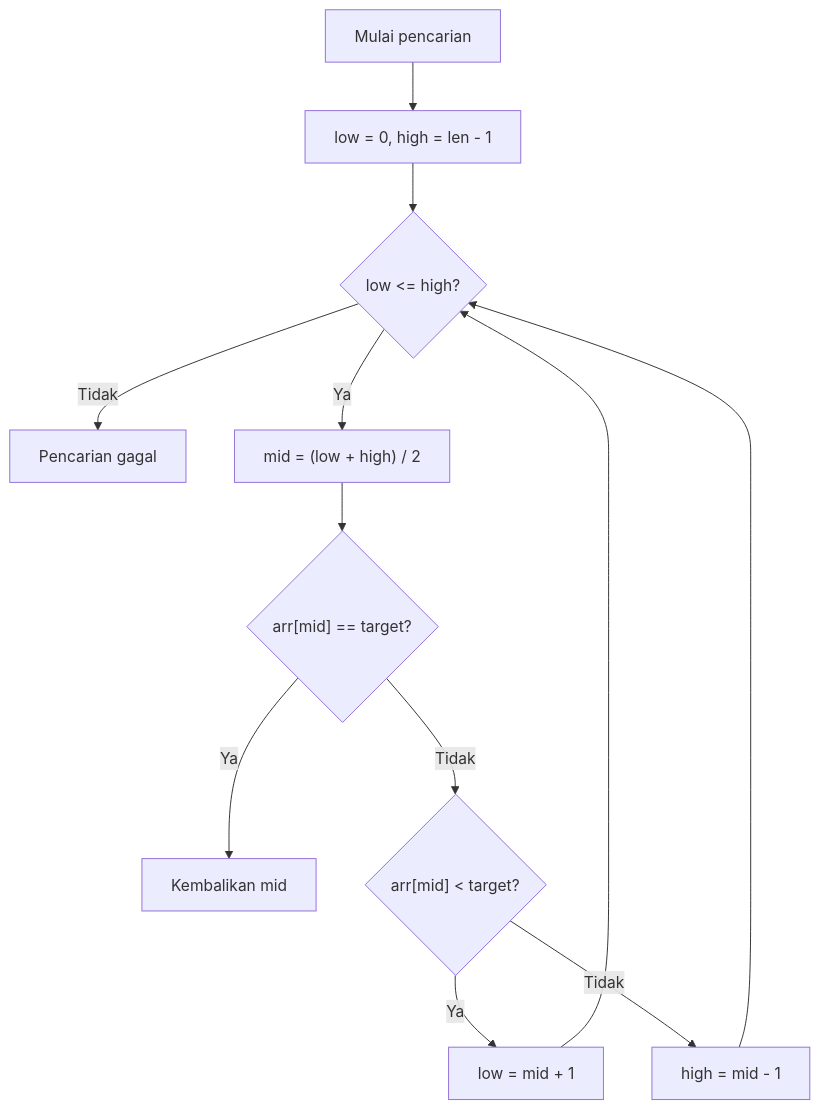
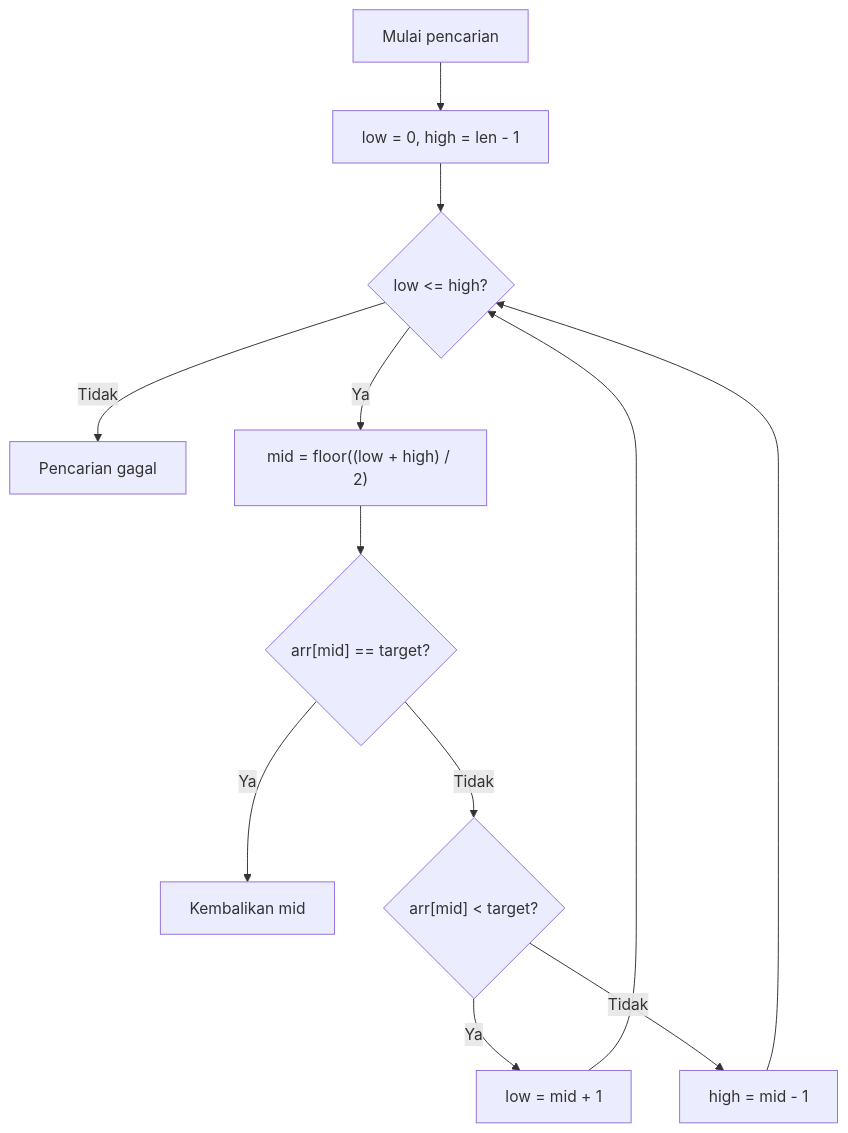
Before and after one commit to kenjinote/blog: the second of 4 diagrams in content/post/search-algorithms-linear-binary-hash-table-principles/index.id.md, drawn with Mermaid. The commit also changed other lines of this file and 18 other files, not shown here.

````diff
--- a/content/post/search-algorithms-linear-binary-hash-table-principles/index.id.md
+++ b/content/post/search-algorithms-linear-binary-hash-table-principles/index.id.md
@@ -210,14 +92,14 @@
 ```mermaid
 flowchart TD
     A["Mulai pencarian"] --> B["low = 0, high = len - 1"]
     B --> C{"low <= high?"}
     C -- "Tidak" --> D["Pencarian gagal"]
-    C -- "Ya" --> E["mid = (low + high) / 2"]
+    C -- "Ya" --> E["mid = floor((low + high) / 2)"]
     E --> F{"arr[mid] == target?"}
     F -- "Ya" --> G["Kembalikan mid"]
     F -- "Tidak" --> H{"arr[mid] < target?"}
     H -- "Ya" --> I["low = mid + 1"]
     H -- "Tidak" --> J["high = mid - 1"]
     I --> C
     J --> C
 ```
````
